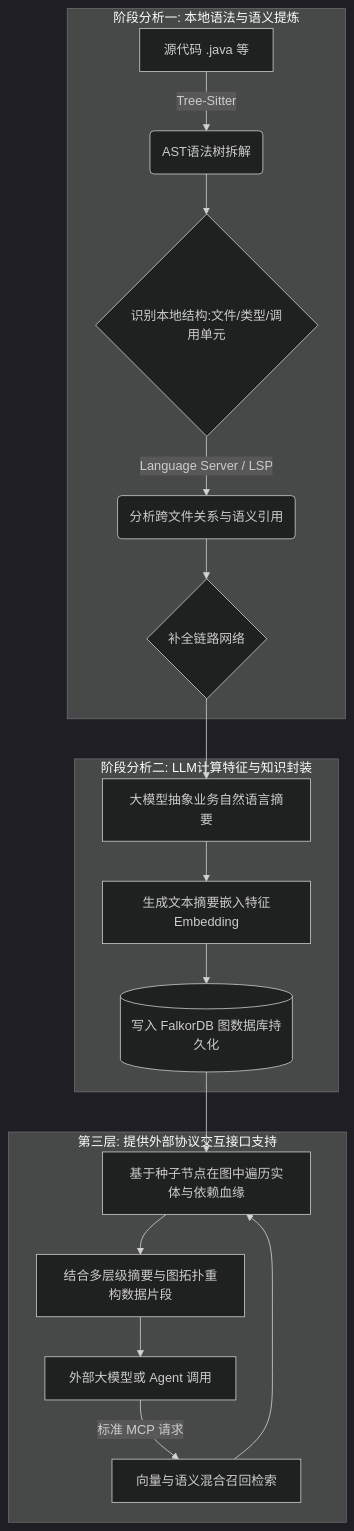
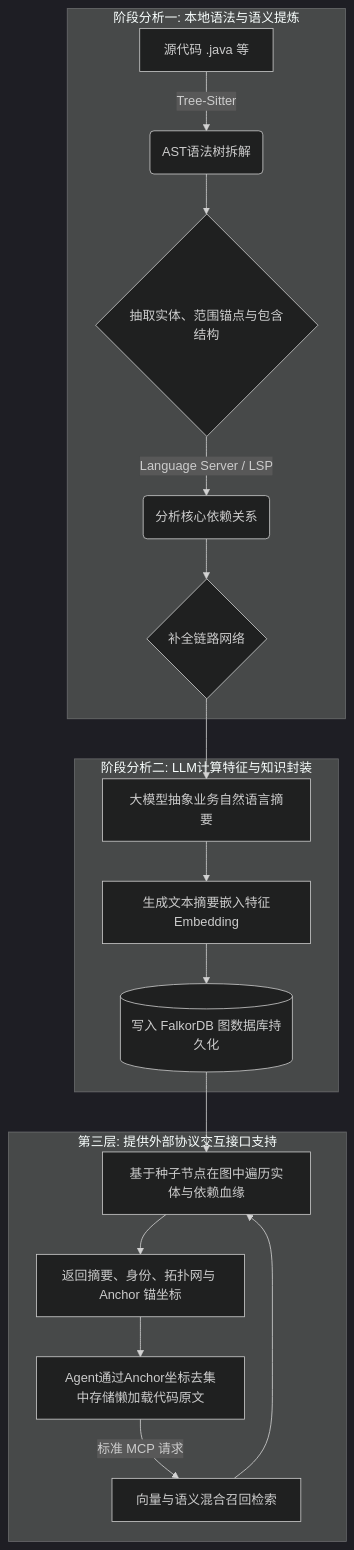
The diagram in docs/guide/architecture_lite.md (FaulknerWu/Rigel), drawn with Mermaid (dark theme) before and after one commit. The commit also changed other lines of this file and 5 other files, not shown here.

Commit message:
docs: update architecture documentation and consolidate project planning files into ADRs

````diff
--- a/docs/guide/architecture_lite.md
+++ b/docs/guide/architecture_lite.md
@@ -20,23 +20,23 @@
 ```mermaid
 flowchart TD
     subgraph 阶段分析一: 本地语法与语义提炼
         A[源代码 .java 等] -->|Tree-Sitter| B(AST语法树拆解)
-        B --> C{识别本地结构:文件/类型/调用单元}
-        C -->|Language Server / LSP| D(分析跨文件关系与语义引用)
+        B --> C{抽取实体、范围锚点与包含结构}
+        C -->|Language Server / LSP| D(分析核心依赖关系)
         D --> E{补全链路网络}
     end
 
     subgraph 阶段分析二: LLM计算特征与知识封装
         E --> F[大模型抽象业务自然语言摘要]
         F --> G[生成文本摘要嵌入特征Embedding]
         G --> H[(写入 FalkorDB 图数据库持久化)]
     end
 
     subgraph 第三层: 提供外部协议交互接口支持
         I[外部大模型或 Agent 调用] -->|标准 MCP 请求| J[向量与语义混合召回检索]
         J --> K[基于种子节点在图中遍历实体与依赖血缘]
         H --> K
-        K --> L[结合多层级摘要与图拓扑重构数据片段]
-        L --> I
+        K --> L[返回摘要、身份、拓扑网与 Anchor 锚坐标]
+        L --> I[Agent通过Anchor坐标去集中存储懒加载代码原文]
     end
 ```
````
